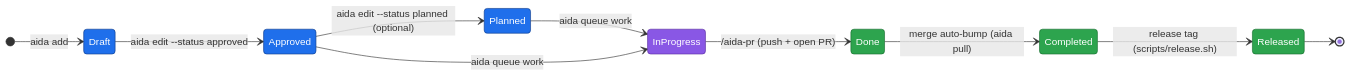
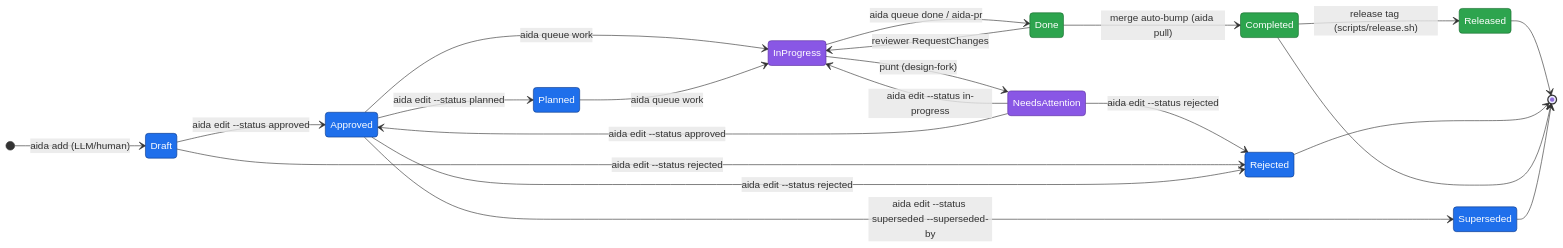
One commit to joemooney/aida changed the first of 6 diagrams in docs/lifecycle.md. Above: the diagram before and after it, drawn with Mermaid. The commit also changed other lines of this file and 29 other files, not shown here.

````diff
--- a/docs/lifecycle.md
+++ b/docs/lifecycle.md
@@ -203,21 +247,36 @@
 ```mermaid
 stateDiagram-v2
     direction LR
-    [*] --> Draft: aida add
+    [*] --> Draft: aida add (LLM/human)
+
     Draft --> Approved: aida edit --status approved
-    Approved --> Planned: aida edit --status planned (optional)
+    Approved --> Planned: aida edit --status planned
+    Approved --> InProgress: aida queue work
     Planned --> InProgress: aida queue work
-    Approved --> InProgress: aida queue work
-    InProgress --> Done: /aida-pr (push + open PR)
+    InProgress --> Done: aida queue done / aida-pr
     Done --> Completed: merge auto-bump (aida pull)
     Completed --> Released: release tag (scripts/release.sh)
+
+    InProgress --> NeedsAttention: punt (design-fork)
+    NeedsAttention --> InProgress: aida edit --status in-progress
+    NeedsAttention --> Approved: aida edit --status approved
+    NeedsAttention --> Rejected: aida edit --status rejected
+
+    Draft --> Rejected: aida edit --status rejected
+    Approved --> Rejected: aida edit --status rejected
+    Done --> InProgress: reviewer RequestChanges
+    Approved --> Superseded: aida edit --status superseded --superseded-by
+
     Released --> [*]
+    Rejected --> [*]
+    Completed --> [*]
+    Superseded --> [*]
 
     classDef cli fill:#1f6feb,stroke:#0d3b8a,color:#fff
     classDef llm fill:#8957e5,stroke:#5a2ca0,color:#fff
     classDef git fill:#2da44e,stroke:#176b2e,color:#fff
 
-    class Draft,Approved,Planned cli
-    class InProgress llm
+    class Draft,Approved,Planned,Rejected,Superseded cli
+    class InProgress,NeedsAttention llm
     class Done,Completed,Released git
 ```
````
